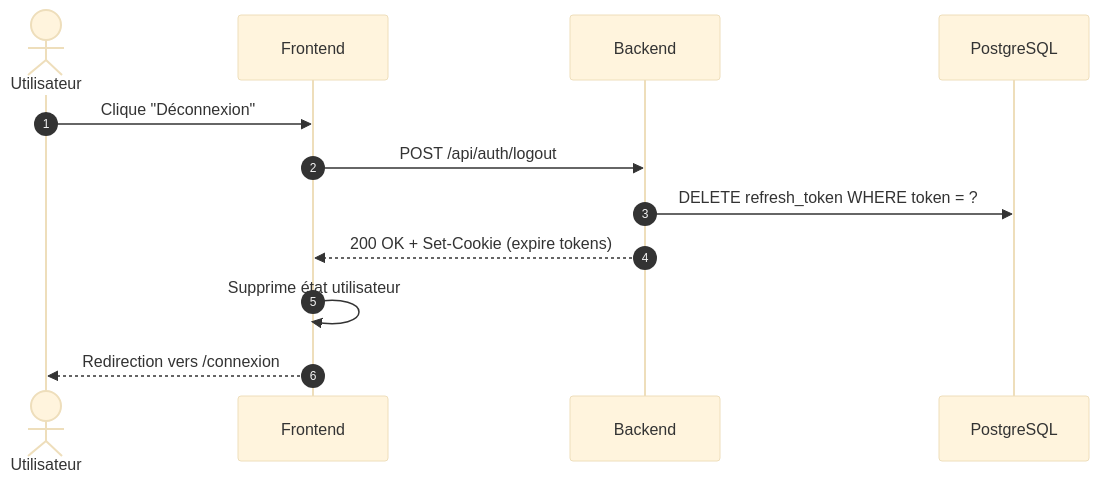
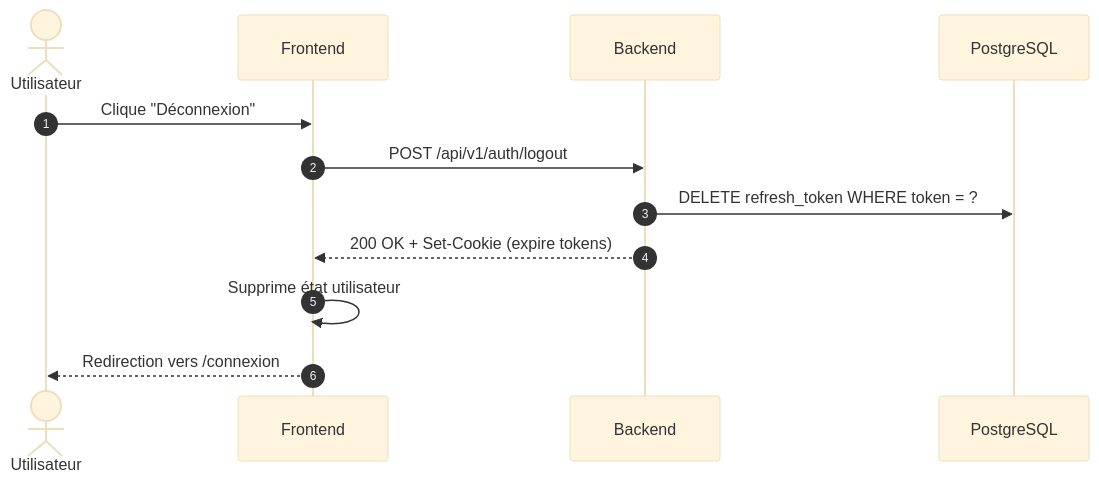
One commit to Sojeremy/documentation-skillswap changed the fourth of 4 diagrams in docs/documentation-implementation/arc42/06-runtime/authentication.md. Above: the diagram before and after it, drawn with Mermaid (base theme). The commit also changed other lines of this file and 5 other files, not shown here.

First line of the commit message:
docs(arc42): aligner les Mermaid sur le préfixe /api/v1/ et le chemin /profiles (axe 3 / commit 1)

````diff
--- a/docs/documentation-implementation/arc42/06-runtime/authentication.md
+++ b/docs/documentation-implementation/arc42/06-runtime/authentication.md
@@ -120,15 +120,15 @@
 ```mermaid
 sequenceDiagram
     autonumber
     actor U as Utilisateur
     participant F as Frontend
     participant B as Backend
     participant DB as PostgreSQL
 
     U->>F: Clique "Déconnexion"
-    F->>B: POST /api/auth/logout
+    F->>B: POST /api/v1/auth/logout
     B->>DB: DELETE refresh_token WHERE token = ?
     B-->>F: 200 OK + Set-Cookie (expire tokens)
     F->>F: Supprime état utilisateur
     F-->>U: Redirection vers /connexion
 ```
````
